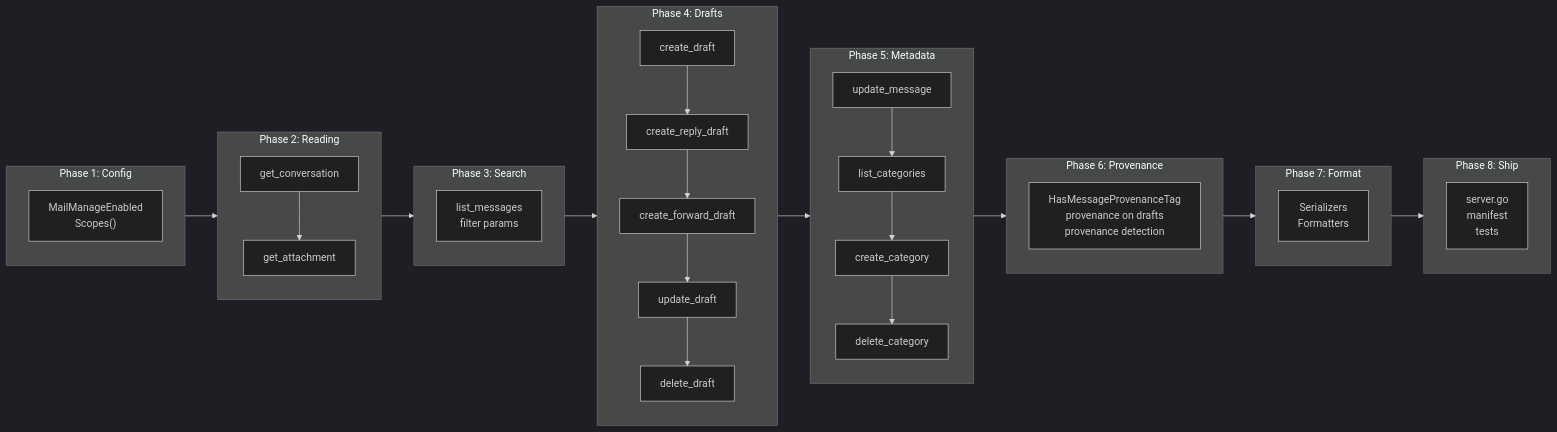
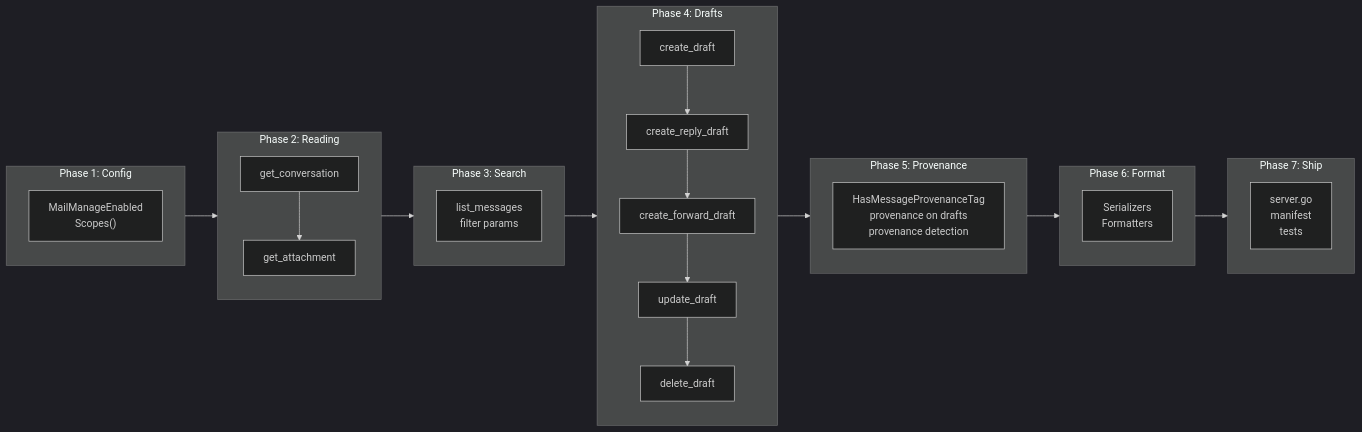
One commit to desek/outlook-local-mcp changed the third of 3 diagrams in docs/cr/CR-0058-complete-mail-management.md. Above: the diagram before and after it, drawn with Mermaid (dark theme). The commit also changed other lines of this file and 41 other files, not shown here.

````diff
--- a/docs/cr/CR-0058-complete-mail-management.md
+++ b/docs/cr/CR-0058-complete-mail-management.md
@@ -651,33 +508,28 @@
 ```mermaid
 flowchart LR
     subgraph P1["Phase 1: Config"]
         A1["MailManageEnabled\nScopes()"]
     end
     subgraph P2["Phase 2: Reading"]
         B1["get_conversation"] --> B2["get_attachment"]
     end
     subgraph P3["Phase 3: Search"]
         C1["list_messages\nfilter params"]
     end
     subgraph P4["Phase 4: Drafts"]
         D1["create_draft"] --> D2["create_reply_draft"]
         D2 --> D3["create_forward_draft"]
         D3 --> D4["update_draft"]
         D4 --> D5["delete_draft"]
     end
-    subgraph P5["Phase 5: Metadata"]
-        E1["update_message"] --> E2["list_categories"]
-        E2 --> E3["create_category"]
-        E3 --> E4["delete_category"]
-    end
-    subgraph P6["Phase 6: Provenance"]
+    subgraph P5["Phase 5: Provenance"]
         F1["HasMessageProvenanceTag\nprovenance on drafts\nprovenance detection"]
     end
-    subgraph P7["Phase 7: Format"]
+    subgraph P6["Phase 6: Format"]
         G1["Serializers\nFormatters"]
     end
-    subgraph P8["Phase 8: Ship"]
+    subgraph P7["Phase 7: Ship"]
         H1["server.go\nmanifest\ntests"]
     end
-    P1 --> P2 --> P3 --> P4 --> P5 --> P6 --> P7 --> P8
+    P1 --> P2 --> P3 --> P4 --> P5 --> P6 --> P7
 ```
````
